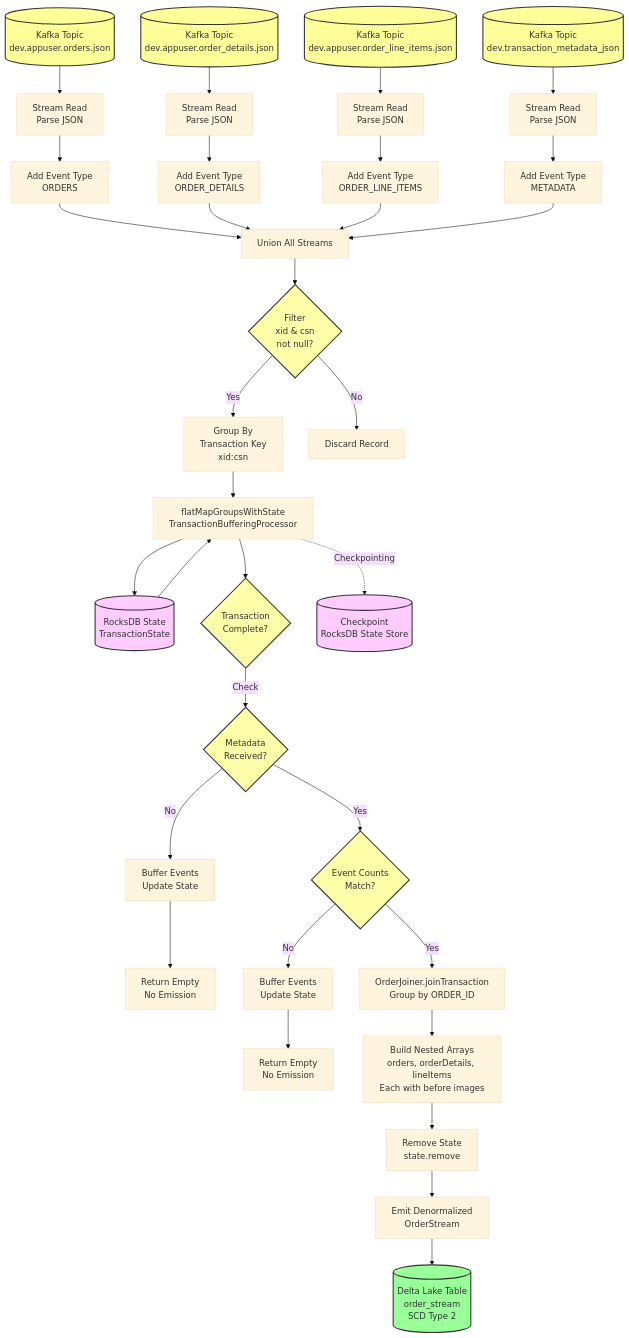
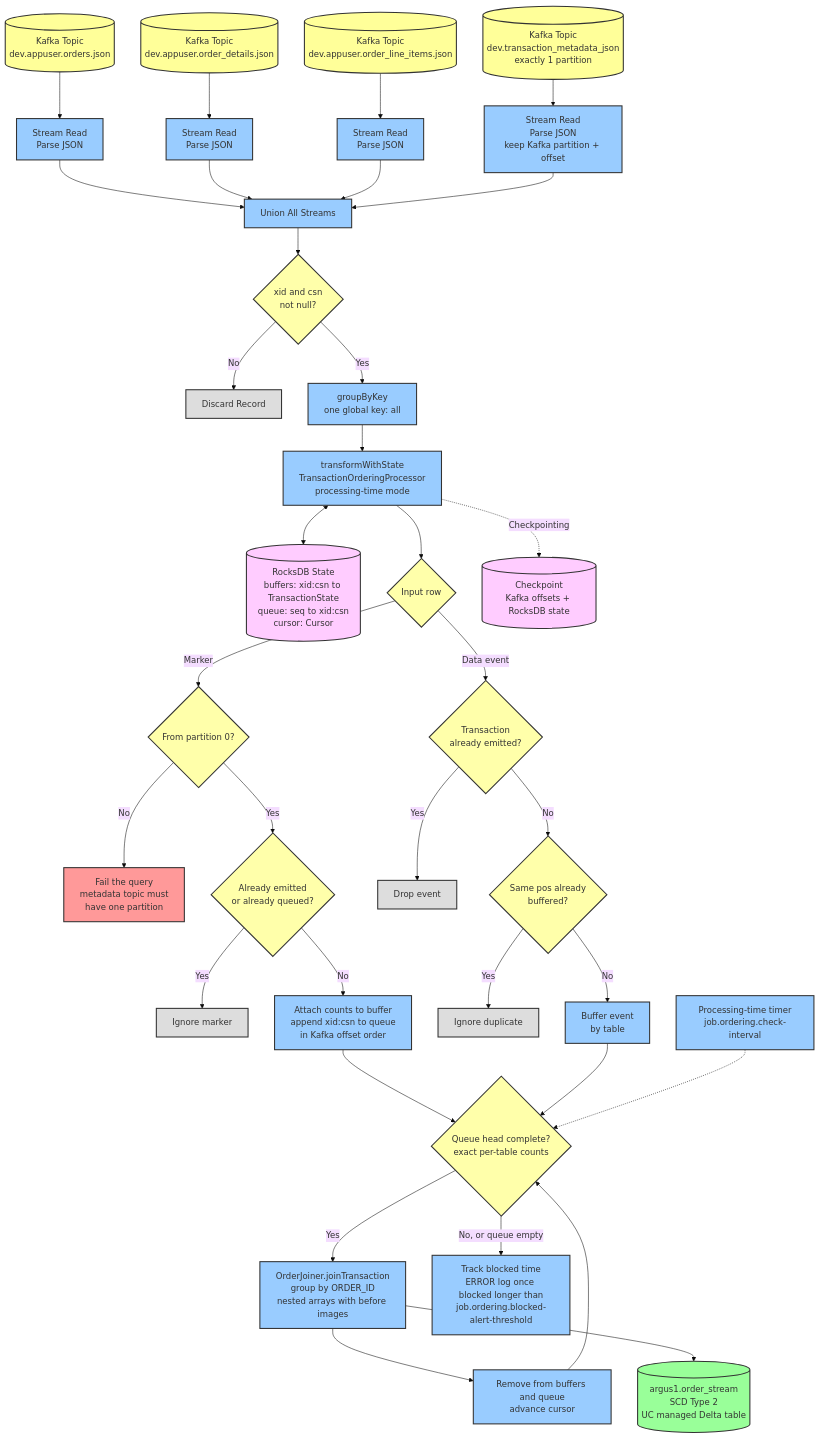
One commit to nnagarajan/transactional-cdc-processing-spark changed the first of 6 diagrams in PIPELINE_DIAGRAMS.md. Above: the diagram before and after it, drawn with Mermaid (base theme). The commit also changed other lines of this file, not shown here.

Commit message:
changed diagram

````diff
--- a/PIPELINE_DIAGRAMS.md
+++ b/PIPELINE_DIAGRAMS.md
@@ -9,74 +12,75 @@
 ```mermaid
 flowchart TD
     %% Data Sources
     K1[(Kafka Topic<br/>dev.appuser.orders.json)]
     K2[(Kafka Topic<br/>dev.appuser.order_details.json)]
     K3[(Kafka Topic<br/>dev.appuser.order_line_items.json)]
-    K4[(Kafka Topic<br/>dev.transaction_metadata_json)]
+    K4[("Kafka Topic<br/>dev.transaction_metadata_json<br/>exactly 1 partition")]
 
     %% Streaming Reads
     K1 --> SR1[Stream Read<br/>Parse JSON]
     K2 --> SR2[Stream Read<br/>Parse JSON]
     K3 --> SR3[Stream Read<br/>Parse JSON]
-    K4 --> SR4[Stream Read<br/>Parse JSON]
-
-    %% Add Event Type
-    SR1 --> ET1[Add Event Type<br/>ORDERS]
-    SR2 --> ET2[Add Event Type<br/>ORDER_DETAILS]
-    SR3 --> ET3[Add Event Type<br/>ORDER_LINE_ITEMS]
-    SR4 --> ET4[Add Event Type<br/>METADATA]
+    K4 --> SR4["Stream Read<br/>Parse JSON<br/>keep Kafka partition + offset"]
 
     %% Union
-    ET1 --> U[Union All Streams]
-    ET2 --> U
-    ET3 --> U
-    ET4 --> U
+    SR1 --> U[Union All Streams]
+    SR2 --> U
+    SR3 --> U
+    SR4 --> U
 
-    %% Filter
-    U --> F{Filter<br/>xid & csn<br/>not null?}
-    F -->|Yes| G[Group By<br/>Transaction Key<br/>xid:csn]
+    %% Filter and single key
+    U --> F{xid and csn<br/>not null?}
     F -->|No| D1[Discard Record]
+    F -->|Yes| G["groupByKey<br/>one global key: all"]
 
-    %% State Processing
-    G --> SP[flatMapGroupsWithState<br/>TransactionBufferingProcessor]
-    SP --> RS[(RocksDB State<br/>TransactionState)]
-    RS --> SP
+    %% Sequencer
+    G --> SP["transformWithState<br/>TransactionOrderingProcessor<br/>processing-time mode"]
+    SP <--> RS[("RocksDB State<br/>buffers: xid:csn to TransactionState<br/>queue: seq to xid:csn<br/>cursor: Cursor")]
 
-    %% Transaction Logic
-    SP --> TL{Transaction<br/>Complete?}
+    %% Per-batch input handling
+    SP --> IN{Input row}
+    IN -->|Marker| PART{"From partition 0?"}
+    PART -->|No| FAIL[Fail the query<br/>metadata topic must<br/>have one partition]
+    PART -->|Yes| MREP{"Already emitted<br/>or already queued?"}
+    MREP -->|Yes| MDROP[Ignore marker]
+    MREP -->|No| ENQ["Attach counts to buffer<br/>append xid:csn to queue<br/>in Kafka offset order"]
 
-    %% Check Metadata
-    TL -->|Check| MD{Metadata<br/>Received?}
-    MD -->|No| BUF1[Buffer Events<br/>Update State]
-    BUF1 --> RT1[Return Empty<br/>No Emission]
+    IN -->|Data event| DREP{"Transaction<br/>already emitted?"}
+    DREP -->|Yes| DDROP[Drop event]
+    DREP -->|No| DUP{"Same pos already<br/>buffered?"}
+    DUP -->|Yes| DDROP2[Ignore duplicate]
+    DUP -->|No| BUF[Buffer event<br/>by table]
 
-    %% Check Event Counts
-    MD -->|Yes| EC{Event Counts<br/>Match?}
-    EC -->|No| BUF2[Buffer Events<br/>Update State]
-    BUF2 --> RT2[Return Empty<br/>No Emission]
-
-    %% Complete Transaction
-    EC -->|Yes| JOIN[OrderJoiner.joinTransaction<br/>Group by ORDER_ID]
-    JOIN --> NEST[Build Nested Arrays<br/>orders, orderDetails, lineItems<br/>Each with before images]
-    NEST --> REM[Remove State<br/>state.remove]
-    REM --> EMIT[Emit Denormalized<br/>OrderStream]
+    %% Emission walk
+    ENQ --> WALK
+    BUF --> WALK
+    WALK{"Queue head complete?<br/>exact per-table counts"}
+    WALK -->|Yes| JOIN["OrderJoiner.joinTransaction<br/>group by ORDER_ID<br/>nested arrays with before images"]
+    JOIN --> REC["Remove from buffers and queue<br/>advance cursor"]
+    REC --> WALK
+    WALK -->|"No, or queue empty"| BLK["Track blocked time<br/>ERROR log once blocked longer than<br/>job.ordering.blocked-alert-threshold"]
 
     %% Output
-    EMIT --> DL1[(Delta Lake Table<br/>order_stream<br/>SCD Type 2)]
+    JOIN --> DL1[("argus1.order_stream<br/>SCD Type 2<br/>UC managed Delta table")]
 
-    %% Checkpoint
-    SP -.->|Checkpointing| CP1[(Checkpoint<br/>RocksDB State Store)]
+    %% Timer and checkpoint
+    TMR["Processing-time timer<br/>job.ordering.check-interval"] -.-> WALK
+    SP -.->|Checkpointing| CP1[("Checkpoint<br/>Kafka offsets + RocksDB state")]
 
-    %% Styling
     classDef kafka fill:#ff9,stroke:#333,stroke-width:2px
     classDef process fill:#9cf,stroke:#333,stroke-width:2px
     classDef state fill:#fcf,stroke:#333,stroke-width:2px
     classDef decision fill:#ffa,stroke:#333,stroke-width:2px
     classDef output fill:#9f9,stroke:#333,stroke-width:2px
+    classDef skip fill:#ddd,stroke:#333,stroke-width:2px
+    classDef fail fill:#f99,stroke:#333,stroke-width:2px
 
     class K1,K2,K3,K4 kafka
-    class SR1,SR2,SR3,SR4,ET1,ET2,ET3,ET4,U,G,SP,JOIN,FLAT,VER kafka,process
+    class SR1,SR2,SR3,SR4,U,G,SP,ENQ,BUF,JOIN,REC,BLK,TMR process
     class RS,CP1 state
-    class F,TL,MD,EC decision
+    class F,IN,PART,MREP,DREP,DUP,WALK decision
     class DL1 output
+    class D1,MDROP,DDROP,DDROP2 skip
+    class FAIL fail
 ```
````
